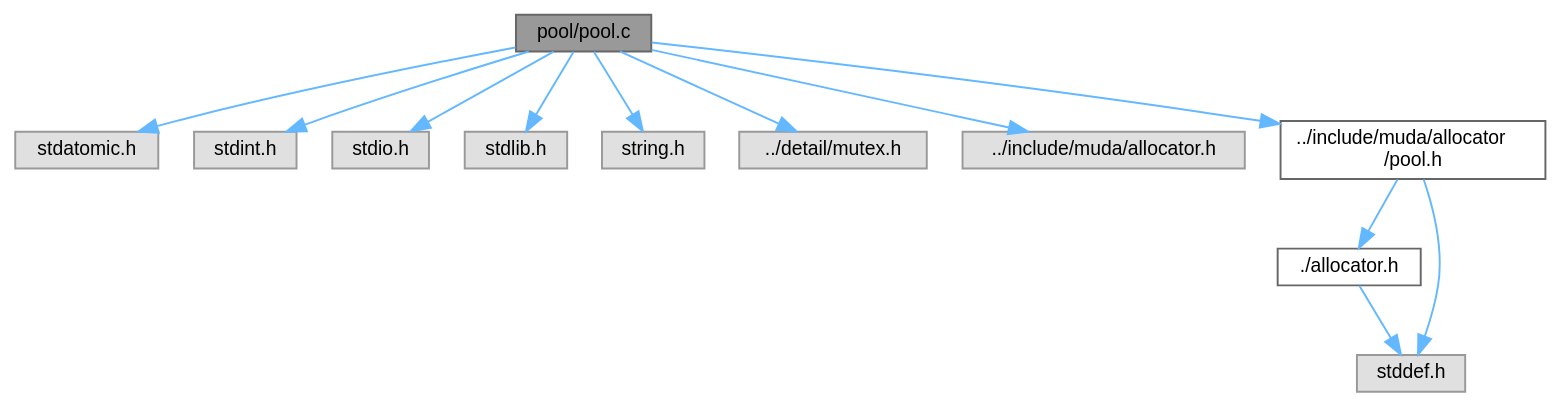
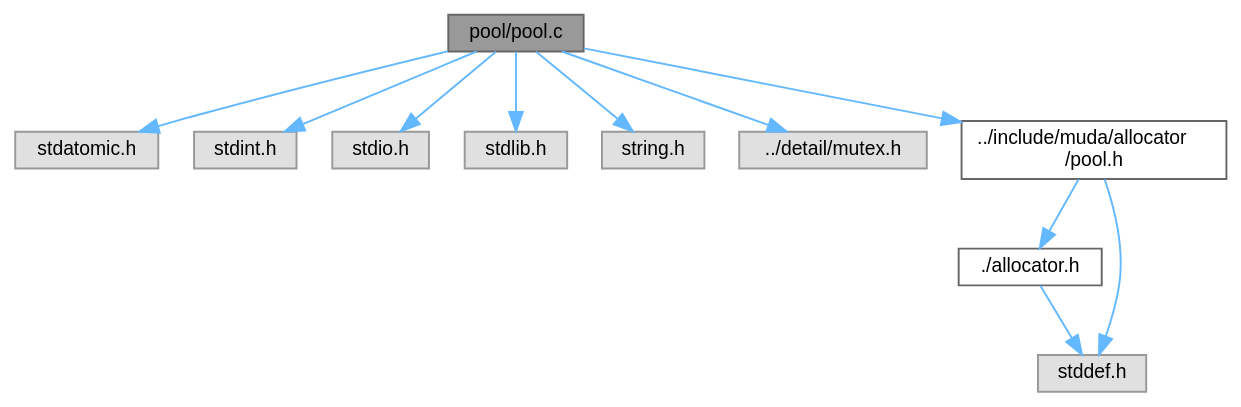
One commit to segfreak/muda changed the diagram in docs/d1/daf/pool_8c__incl.dot. Above: the diagram before and after it, drawn with Graphviz. The commit also changed 7 other files, not shown here.

```diff
--- a/docs/d1/daf/pool_8c__incl.dot
+++ b/docs/d1/daf/pool_8c__incl.dot
@@ -1,29 +1,27 @@
 digraph "pool/pool.c"
 {
  // LATEX_PDF_SIZE
   bgcolor="transparent";
   edge [fontname=Helvetica,fontsize=10,labelfontname=Helvetica,labelfontsize=10];
   node [fontname=Helvetica,fontsize=10,shape=box,height=0.2,width=0.4];
   Node1 [id="Node000001",label="pool/pool.c",height=0.2,width=0.4,color="gray40", fillcolor="grey60", style="filled", fontcolor="black",tooltip=" "];
   Node1 -> Node2 [id="edge1_Node000001_Node000002",color="steelblue1",style="solid",tooltip=" "];
   Node2 [id="Node000002",label="stdatomic.h",height=0.2,width=0.4,color="grey60", fillcolor="#E0E0E0", style="filled",tooltip=" "];
   Node1 -> Node3 [id="edge2_Node000001_Node000003",color="steelblue1",style="solid",tooltip=" "];
   Node3 [id="Node000003",label="stdint.h",height=0.2,width=0.4,color="grey60", fillcolor="#E0E0E0", style="filled",tooltip=" "];
   Node1 -> Node4 [id="edge3_Node000001_Node000004",color="steelblue1",style="solid",tooltip=" "];
   Node4 [id="Node000004",label="stdio.h",height=0.2,width=0.4,color="grey60", fillcolor="#E0E0E0", style="filled",tooltip=" "];
   Node1 -> Node5 [id="edge4_Node000001_Node000005",color="steelblue1",style="solid",tooltip=" "];
   Node5 [id="Node000005",label="stdlib.h",height=0.2,width=0.4,color="grey60", fillcolor="#E0E0E0", style="filled",tooltip=" "];
   Node1 -> Node6 [id="edge5_Node000001_Node000006",color="steelblue1",style="solid",tooltip=" "];
   Node6 [id="Node000006",label="string.h",height=0.2,width=0.4,color="grey60", fillcolor="#E0E0E0", style="filled",tooltip=" "];
   Node1 -> Node7 [id="edge6_Node000001_Node000007",color="steelblue1",style="solid",tooltip=" "];
   Node7 [id="Node000007",label="../detail/mutex.h",height=0.2,width=0.4,color="grey60", fillcolor="#E0E0E0", style="filled",tooltip=" "];
   Node1 -> Node8 [id="edge7_Node000001_Node000008",color="steelblue1",style="solid",tooltip=" "];
-  Node8 [id="Node000008",label="../include/muda/allocator.h",height=0.2,width=0.4,color="grey60", fillcolor="#E0E0E0", style="filled",tooltip=" "];
-  Node1 -> Node9 [id="edge8_Node000001_Node000009",color="steelblue1",style="solid",tooltip=" "];
-  Node9 [id="Node000009",label="../include/muda/allocator\l/pool.h",height=0.2,width=0.4,color="grey40", fillcolor="white", style="filled",URL="$db/db7/pool_8h.html",tooltip="Fixed-size block memory pool allocator."];
+  Node8 [id="Node000008",label="../include/muda/allocator\l/pool.h",height=0.2,width=0.4,color="grey40", fillcolor="white", style="filled",URL="$db/db7/pool_8h.html",tooltip="Fixed-size block memory pool allocator."];
+  Node8 -> Node9 [id="edge8_Node000008_Node000009",color="steelblue1",style="solid",tooltip=" "];
+  Node9 [id="Node000009",label="./allocator.h",height=0.2,width=0.4,color="grey40", fillcolor="white", style="filled",URL="$da/da9/allocator_8h.html",tooltip="Custom allocator function type definitions for MUDA."];
   Node9 -> Node10 [id="edge9_Node000009_Node000010",color="steelblue1",style="solid",tooltip=" "];
-  Node10 [id="Node000010",label="./allocator.h",height=0.2,width=0.4,color="grey40", fillcolor="white", style="filled",URL="$da/da9/allocator_8h.html",tooltip="Custom allocator function type definitions for MUDA."];
-  Node10 -> Node11 [id="edge10_Node000010_Node000011",color="steelblue1",style="solid",tooltip=" "];
-  Node11 [id="Node000011",label="stddef.h",height=0.2,width=0.4,color="grey60", fillcolor="#E0E0E0", style="filled",tooltip=" "];
-  Node9 -> Node11 [id="edge11_Node000009_Node000011",color="steelblue1",style="solid",tooltip=" "];
+  Node10 [id="Node000010",label="stddef.h",height=0.2,width=0.4,color="grey60", fillcolor="#E0E0E0", style="filled",tooltip=" "];
+  Node8 -> Node10 [id="edge10_Node000008_Node000010",color="steelblue1",style="solid",tooltip=" "];
 }
```
